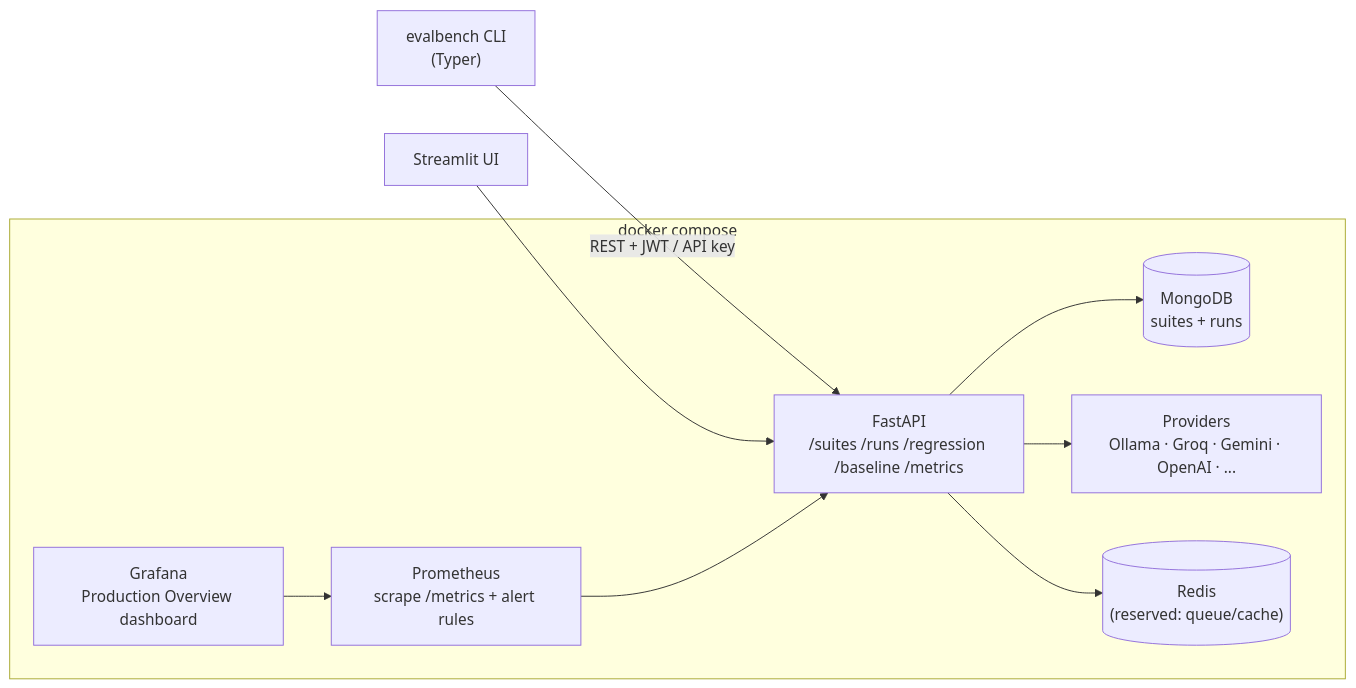
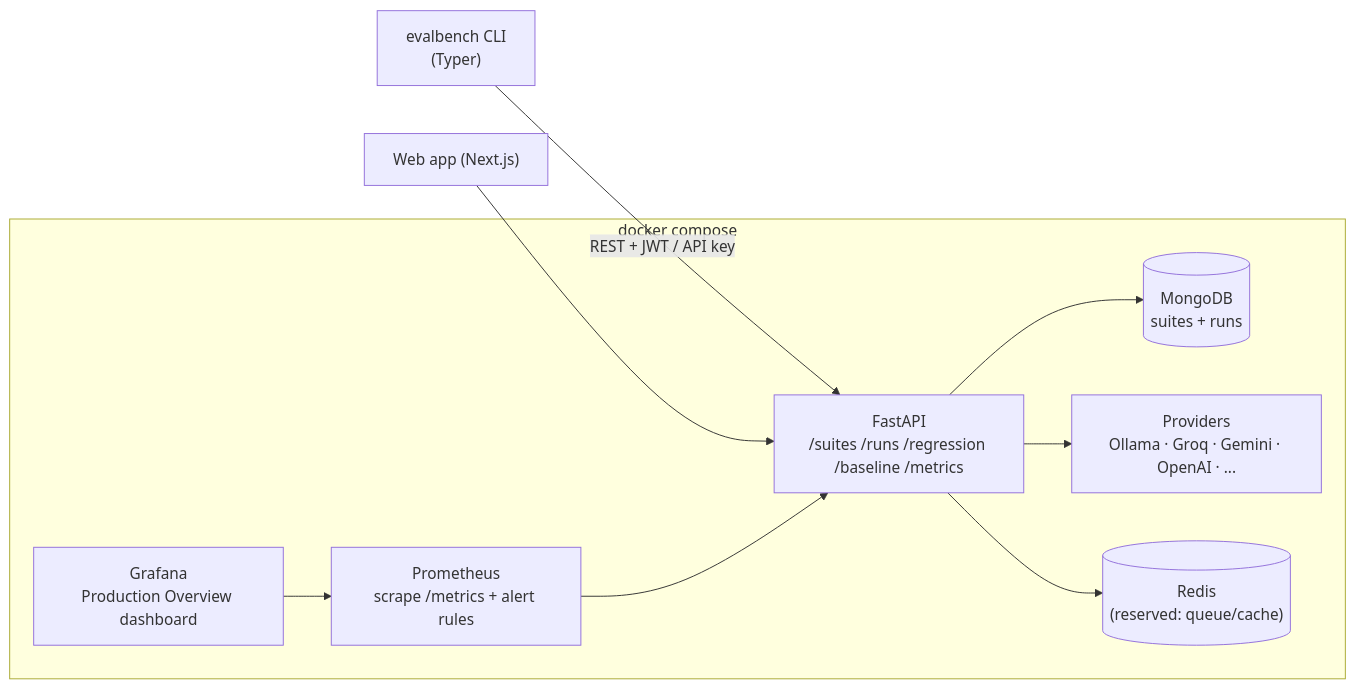
The diagram in README.md (Aman13082001/EvalBench), drawn with Mermaid before and after one commit. The commit also changed other lines of this file and 7 other files, not shown here.

````diff
--- a/README.md
+++ b/README.md
@@ -30,12 +30,12 @@
 ```mermaid
 flowchart LR
     CLI["evalbench CLI\n(Typer)"] -->|"REST + JWT / API key"| API
-    UI["Streamlit UI"] --> API
+    UI["Web app (Next.js)"] --> API
     subgraph stack["docker compose"]
       API["FastAPI\n/suites /runs /regression /baseline /metrics"] --> MONGO[("MongoDB\nsuites + runs")]
       API --> PROV["Providers\nOllama · Groq · Gemini · OpenAI · ..."]
       API --> REDIS[("Redis\n(reserved: queue/cache)")]
       PROM["Prometheus\nscrape /metrics + alert rules"] --> API
       GRAF["Grafana\nProduction Overview dashboard"] --> PROM
     end
 ```
````
